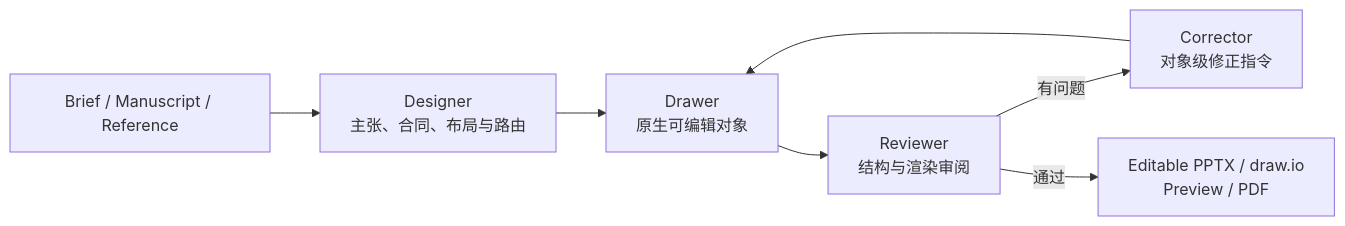
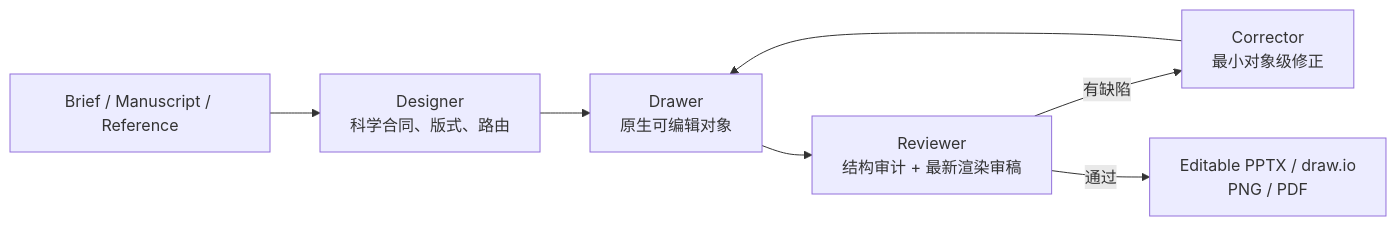
One commit to exsinger-hub/You-Only-Figure-Once changed the diagram in README.md. Above: the diagram before and after it, drawn with Mermaid. The commit also changed other lines of this file and 2 other files, not shown here.

````diff
--- a/README.md
+++ b/README.md
@@ -23,9 +27,9 @@
 ```mermaid
 flowchart LR
-    A[Brief / Manuscript / Reference] --> B[Designer<br/>主张、合同、布局与路由]
+    A[Brief / Manuscript / Reference] --> B[Designer<br/>科学合同、版式、路由]
     B --> C[Drawer<br/>原生可编辑对象]
-    C --> D[Reviewer<br/>结构与渲染审阅]
-    D -->|有问题| E[Corrector<br/>对象级修正指令]
+    C --> D[Reviewer<br/>结构审计 + 最新渲染审稿]
+    D -->|有缺陷| E[Corrector<br/>最小对象级修正]
     E --> C
-    D -->|通过| F[Editable PPTX / draw.io<br/>Preview / PDF]
+    D -->|通过| F[Editable PPTX / draw.io<br/>PNG / PDF]
 ```
````
